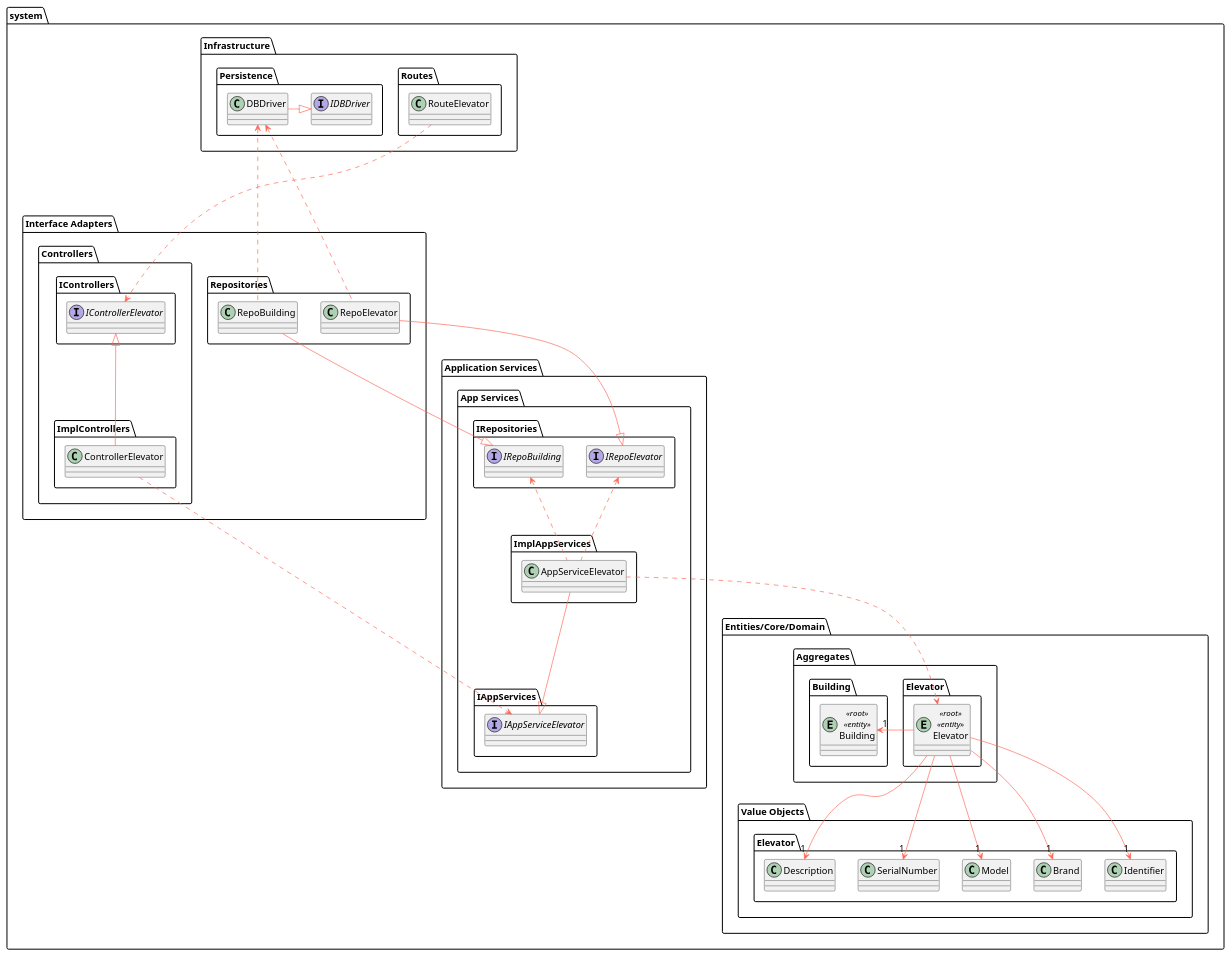
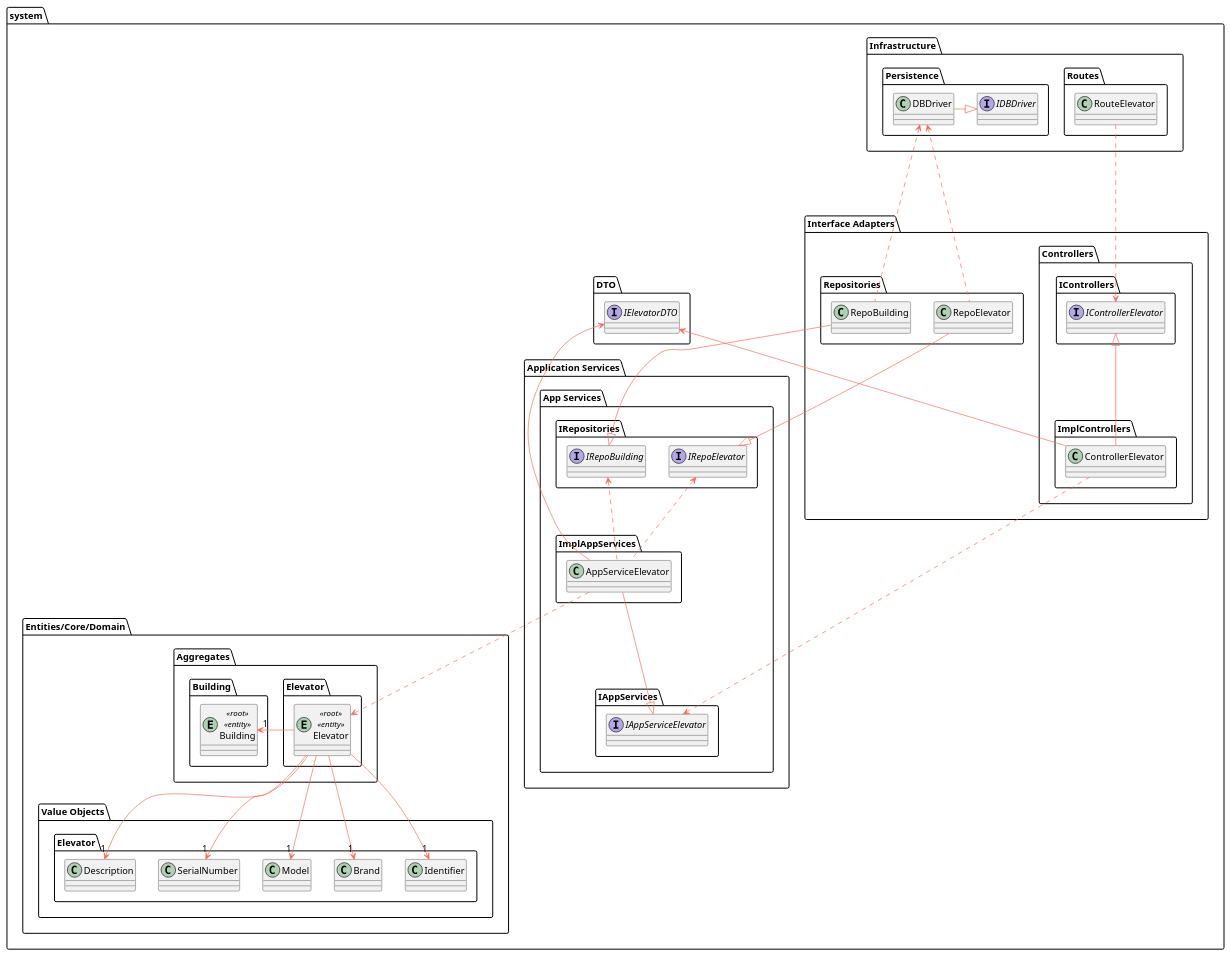
Before and after one commit to Departamento-de-Engenharia-Informatica/lapr5-23-24-g19: the diagram in docs/us290/level3/class-diagram.puml, drawn with PlantUML. The commit also changed 5 other files, not shown here.

Commit message:
docs(us280,290,380):class diagram updated

```diff
--- a/docs/us290/level3/class-diagram.puml
+++ b/docs/us290/level3/class-diagram.puml
@@ -1,120 +1,125 @@
 @startuml
 
 skinparam component {
     FontSize 16
     BackgroundColor<<Apache>> LightCoral
     BorderColor<<Apache>> #FF6655
     FontName Courier
     BorderColor black
     BackgroundColor DeepSkyBlue
     ArrowFontName Impact
     ArrowColor #FF6655
 }
 
 package system {
     package "Infrastructure" {
         package "Routes" {
             class RouteElevator
         }
 
         package "Persistence" {
             interface IDBDriver
             class DBDriver
         }
 
         DBDriver -right-|> IDBDriver
     }
 
     package "Interface Adapters" {
         package "Controllers" {
             package "IControllers" {
                 interface IControllerElevator
             }
 
             package "ImplControllers" {
                 class ControllerElevator
             }
             ControllerElevator -up-|> IControllerElevator
         }
 
         package "Repositories" {
             class RepoBuilding
             class RepoElevator
         }
 
         RepoBuilding .up.> DBDriver
         RepoElevator .up.> DBDriver
 
         RouteElevator ....> IControllerElevator
     }
 
     package "Application Services" {
         package "App Services" {
             package "IAppServices" {
                 interface IAppServiceElevator
             }
 
             package "ImplAppServices" {
                 class AppServiceElevator
             }
 
             AppServiceElevator --|> IAppServiceElevator
 
             package "IRepositories" {
                 interface IRepoBuilding
                 interface IRepoElevator
             }
 
             RepoBuilding --|> IRepoBuilding
             RepoElevator --|> IRepoElevator
         }
 
         ControllerElevator ..> IAppServiceElevator
 
         AppServiceElevator .up.> IRepoBuilding
         AppServiceElevator .up.> IRepoElevator
     }
 
     package "Entities/Core/Domain" {
         package "Aggregates" {
 
             package "Elevator" as a_elevator {
                 entity Elevator <<root>> <<entity>>
             }
 
             package "Building" as a_building {
                 entity Building <<root>> <<entity>>
             }
 
 
         }
 
         package "Value Objects" {
             package "Elevator" as vo_elevator {
                 class Identifier
                 class Brand
                 class Model
                 class SerialNumber
                 class Description
 
             }
         }
 
 
         Elevator --> "1" Identifier
         Elevator --> "1" Brand
         Elevator --> "1" Model
         Elevator --> "1" SerialNumber
         Elevator --> "1" Description
 
         Elevator -left-> "1" Building
 
 
         AppServiceElevator ..> Elevator
 
         'package "Services" {
         '}
     }
+    package "DTO" {
+              interface IElevatorDTO
+        }
+        AppServiceElevator -up-> IElevatorDTO
+        ControllerElevator -up-> IElevatorDTO
 }
 
 @enduml
```
